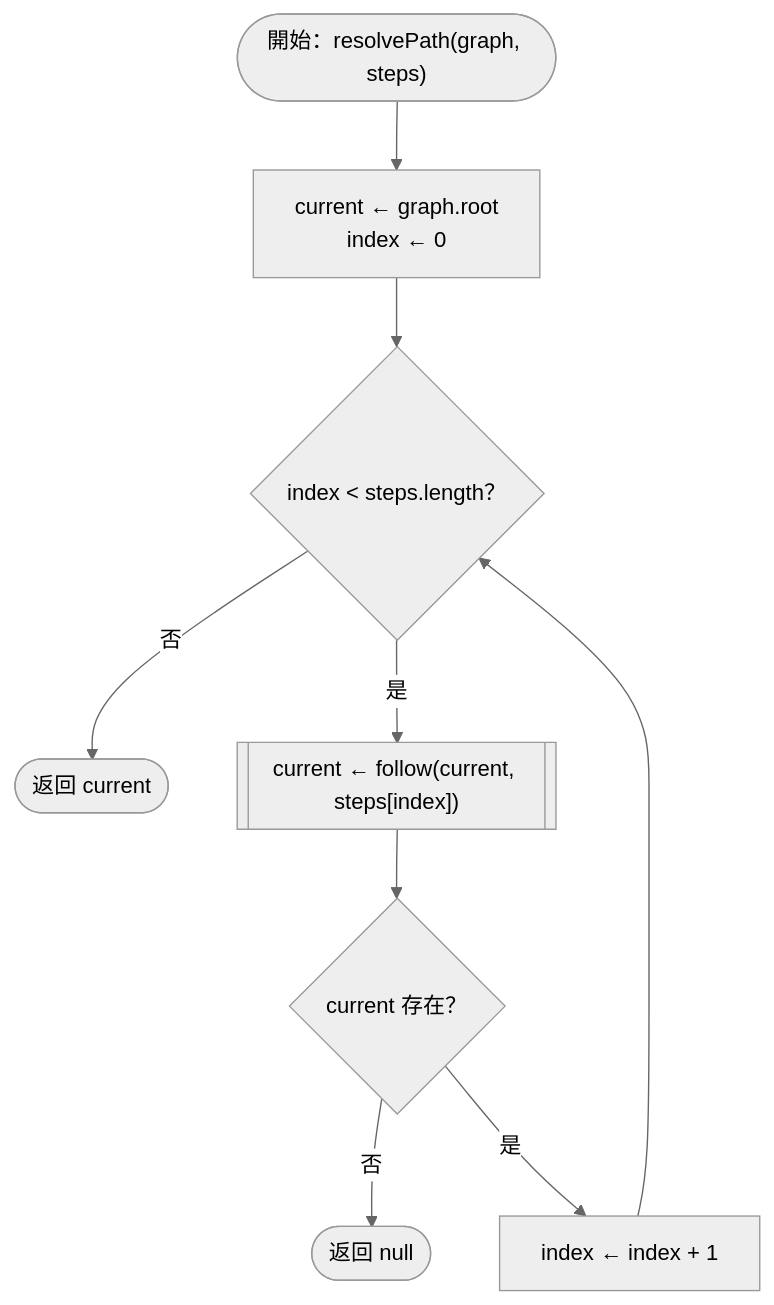
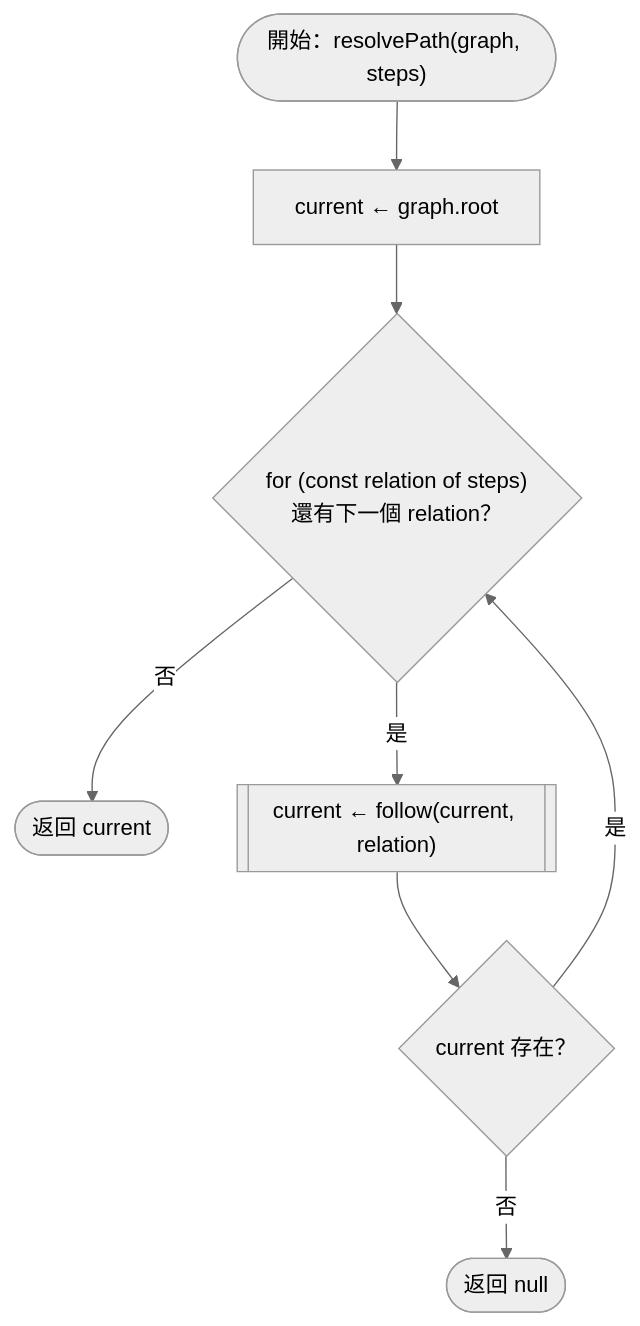
Before and after one commit to Chuen666666/hw3: diagram 26 of 29 in README.md, drawn with Mermaid (neutral theme). The commit also changed other lines of this file, not shown here.

Commit message:
使流程圖變數與迴圈貼合原始碼

````diff
--- a/README.md
+++ b/README.md
@@ -355,11 +347,10 @@
 ```mermaid
 flowchart TD
-    START(["開始：resolvePath(graph, steps)"]) --> CURRENT["current ← graph.root<br/>index ← 0"]
-    CURRENT --> LOOP{"index < steps.length？"}
+    START(["開始：resolvePath(graph, steps)"]) --> CURRENT["current ← graph.root"]
+    CURRENT --> LOOP{"for (const relation of steps)<br/>還有下一個 relation？"}
     LOOP -- "否" --> RETURN_CURRENT(["返回 current"])
-    LOOP -- "是" --> FOLLOW[["current ← follow(current, steps[index])"]]
+    LOOP -- "是" --> FOLLOW[["current ← follow(current, relation)"]]
     FOLLOW --> FOUND{"current 存在？"}
     FOUND -- "否" --> RETURN_NULL(["返回 null"])
-    FOUND -- "是" --> NEXT["index ← index + 1"]
-    NEXT --> LOOP
+    FOUND -- "是" --> LOOP
 ```
````
